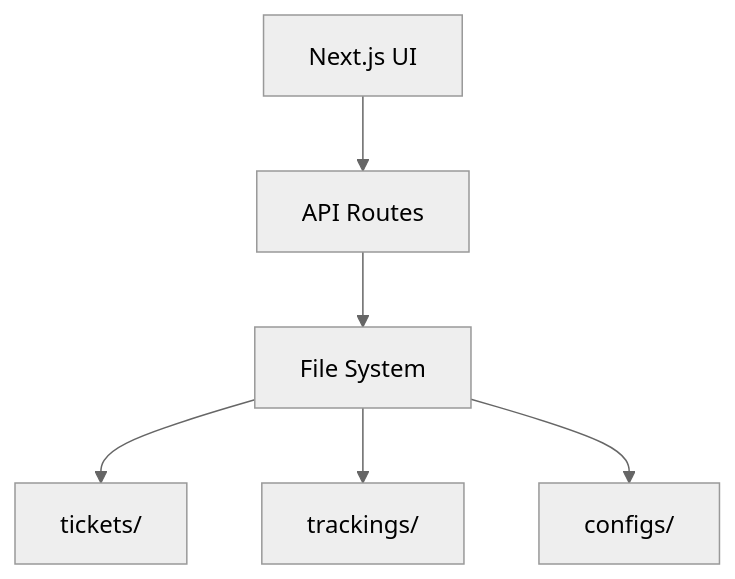
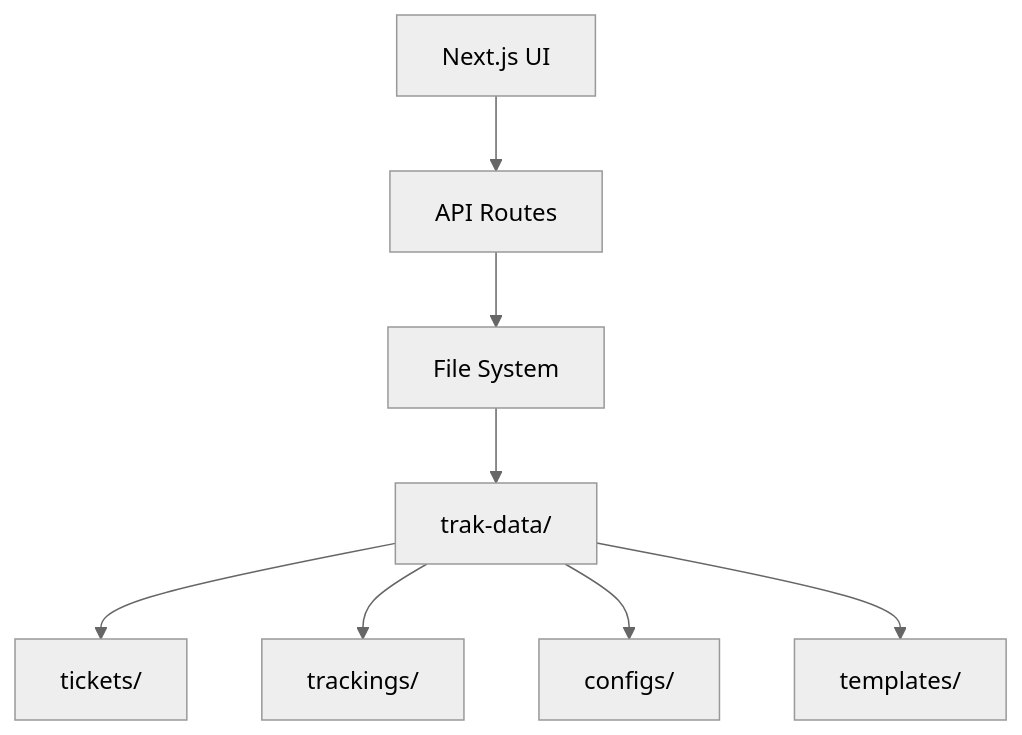
The first of 2 diagrams in 11_trak/memory-bank/systemPatterns.md (kaku3/workbooks), drawn with Mermaid (neutral theme) before and after one commit. The commit also changed other lines of this file and 3 other files, not shown here.

````diff
--- a/11_trak/memory-bank/systemPatterns.md
+++ b/11_trak/memory-bank/systemPatterns.md
@@ -5,8 +5,10 @@
 ```mermaid
 flowchart TD
     UI[Next.js UI] --> API[API Routes]
     API --> FS[File System]
-    FS --> T[tickets/]
-    FS --> TR[trackings/]
-    FS --> C[configs/]
+    FS --> TD[trak-data/]
+    TD --> T[tickets/]
+    TD --> TR[trackings/]
+    TD --> C[configs/]
+    TD --> TP[templates/]
 ```
````
